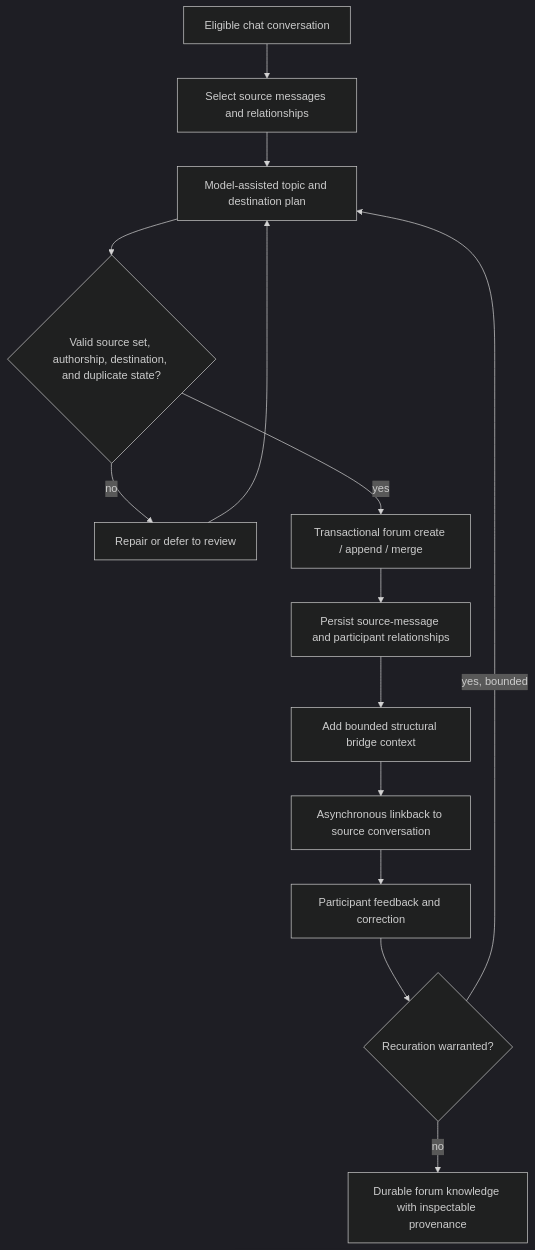
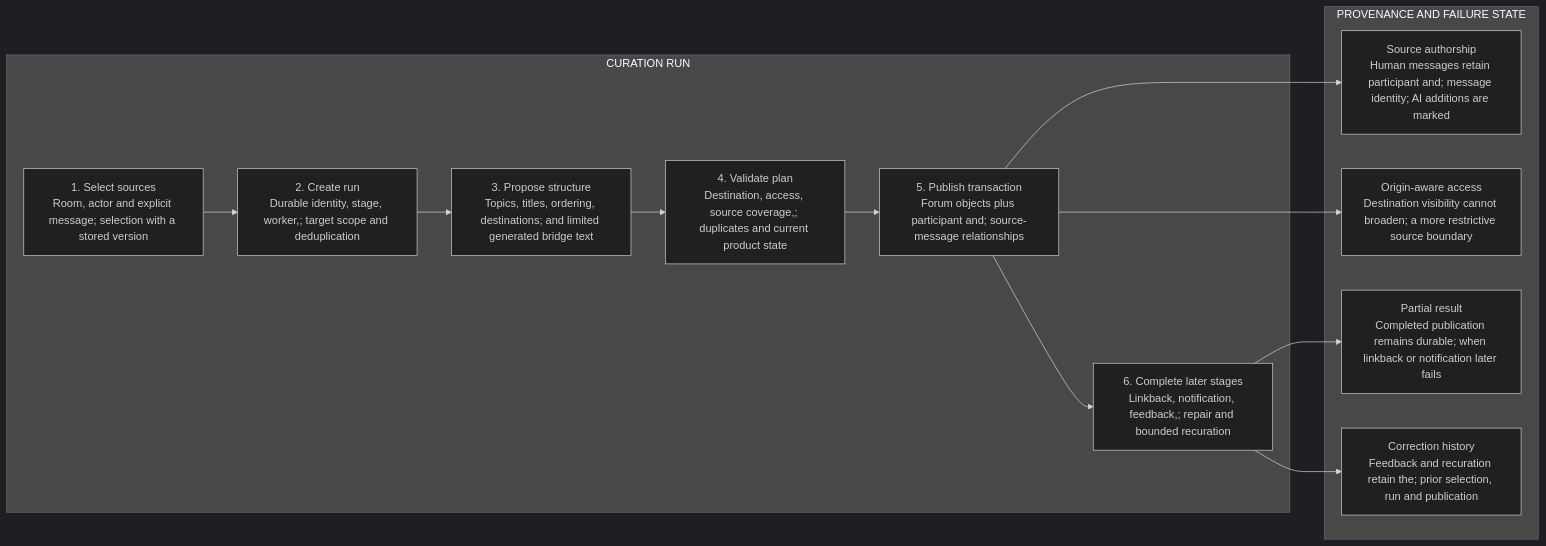
One commit to wahargis/portfolio changed the diagram in flip-technical-overview/diagrams/synthesis-pipeline.mmd. Above: the diagram before and after it, drawn with Mermaid (dark theme). The commit also changed 59 other files, not shown here.

```diff
--- a/flip-technical-overview/diagrams/synthesis-pipeline.mmd
+++ b/flip-technical-overview/diagrams/synthesis-pipeline.mmd
@@ -1,14 +1,24 @@
-flowchart TD
-    CHAT["Eligible chat conversation"] --> SELECT["Select source messages and relationships"]
-    SELECT --> PLAN["Model-assisted topic and destination plan"]
-    PLAN --> VALIDATE{"Valid source set, authorship, destination, and duplicate state?"}
-    VALIDATE -->|no| REPAIR["Repair or defer to review"]
-    REPAIR --> PLAN
-    VALIDATE -->|yes| APPLY["Transactional forum create / append / merge"]
-    APPLY --> SOURCE["Persist source-message and participant relationships"]
-    SOURCE --> BRIDGE["Add bounded structural bridge context"]
-    BRIDGE --> LINK["Asynchronous linkback to source conversation"]
-    LINK --> FEEDBACK["Participant feedback and correction"]
-    FEEDBACK --> RECURATE{"Recuration warranted?"}
-    RECURATE -->|yes, bounded| PLAN
-    RECURATE -->|no| DURABLE["Durable forum knowledge with inspectable provenance"]
+flowchart LR
+  subgraph TOP["CURATION RUN"]
+    T0["1. Select sources\nRoom, actor and explicit message; selection with a stored version"]
+    T1["2. Create run\nDurable identity, stage, worker,; target scope and deduplication"]
+    T0 --> T1
+    T2["3. Propose structure\nTopics, titles, ordering, destinations; and limited generated bridge text"]
+    T1 --> T2
+    T3["4. Validate plan\nDestination, access, source coverage,; duplicates and current product state"]
+    T2 --> T3
+    T4["5. Publish transaction\nForum objects plus participant and; source-message relationships"]
+    T3 --> T4
+    T5["6. Complete later stages\nLinkback, notification, feedback,; repair and bounded recuration"]
+    T4 --> T5
+  end
+  subgraph BOTTOM["PROVENANCE AND FAILURE STATE"]
+    B0["Source authorship\nHuman messages retain participant and; message identity; AI additions are marked"]
+    B1["Origin-aware access\nDestination visibility cannot broaden; a more restrictive source boundary"]
+    B2["Partial result\nCompleted publication remains durable; when linkback or notification later fails"]
+    B3["Correction history\nFeedback and recuration retain the; prior selection, run and publication"]
+  end
+  T4 --> B0
+  T4 --> B1
+  T5 --> B2
+  T5 --> B3
```
